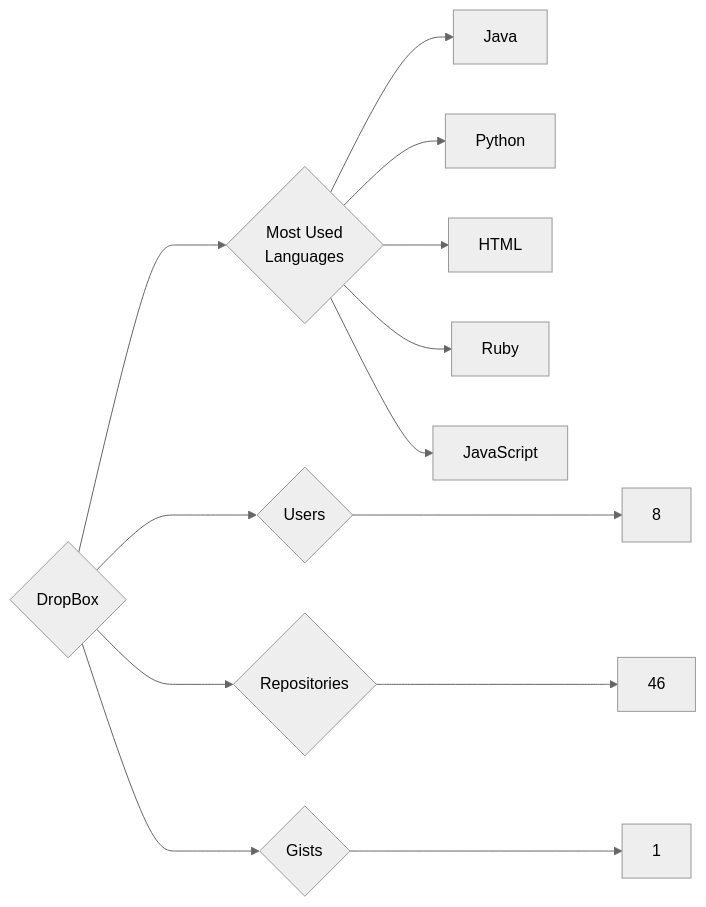
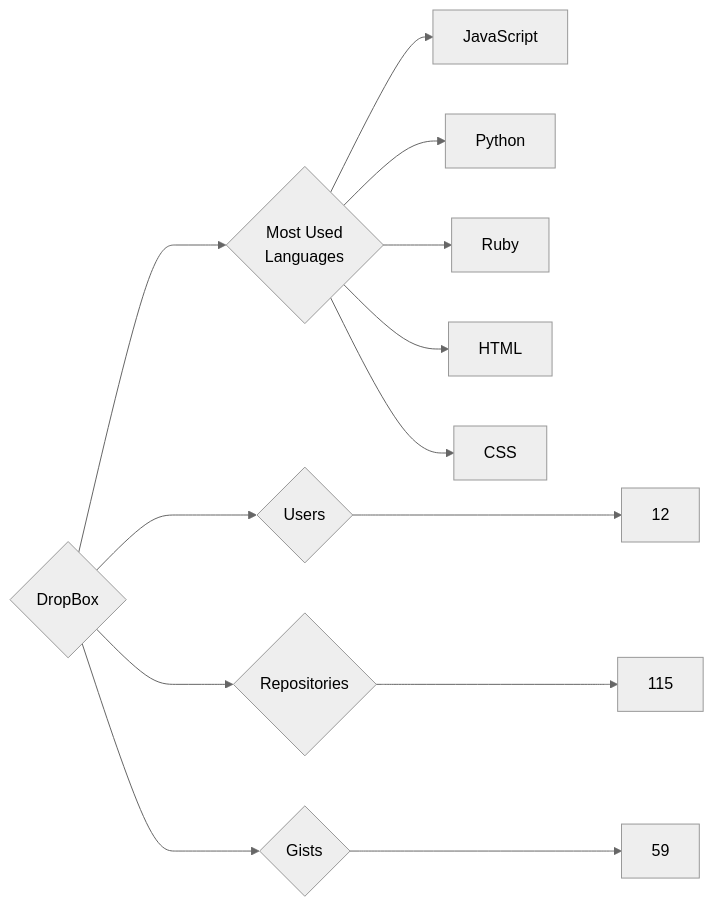
The diagram in targets/DropBox/README.md (trickest/insiders), drawn with Mermaid (neutral theme) before and after one commit. The commit also changed 1167 other files, not shown here.

````diff
--- a/targets/DropBox/README.md
+++ b/targets/DropBox/README.md
@@ -3,13 +3,13 @@
 ```mermaid
 graph LR
 COMPANY_NAME{DropBox}
-COMPANY_NAME ---> U{Users} ---> UN[8]
-COMPANY_NAME ---> R{Repositories} ---> RN[46]
-COMPANY_NAME ---> G{Gists} ---> GN[1]
+COMPANY_NAME ---> U{Users} ---> UN[12]
+COMPANY_NAME ---> R{Repositories} ---> RN[115]
+COMPANY_NAME ---> G{Gists} ---> GN[59]
 COMPANY_NAME ---> ML{Most Used<br>Languages}
-ML --> Java[Java]
+ML --> JavaScript[JavaScript]
 ML --> Python[Python]
+ML --> Ruby[Ruby]
 ML --> HTML[HTML]
-ML --> Ruby[Ruby]
-ML --> JavaScript[JavaScript]
+ML --> CSS[CSS]
 ```
````
